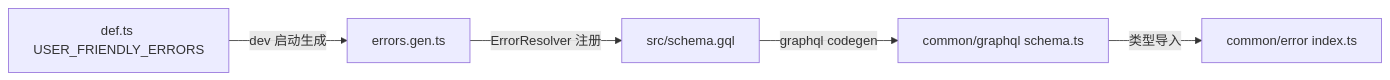
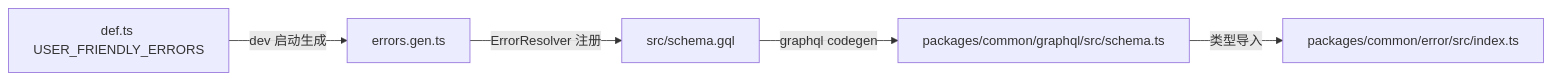
Before and after one commit to lfire/AFFiNE: the sixth of 6 diagrams in learning-guide/slides/decks/21.md, drawn with Mermaid. The commit also changed other lines of this file and 46 other files, not shown here.

````diff
--- a/learning-guide/slides/decks/21.md
+++ b/learning-guide/slides/decks/21.md
@@ -310,7 +374,7 @@
 ```mermaid
 flowchart LR
-    A["def.ts USER_FRIENDLY_ERRORS"] -->|dev 启动生成| B["errors.gen.ts"]
-    B -->|ErrorResolver 注册| C["src/schema.gql"]
-    C -->|graphql codegen| D["common/graphql schema.ts"]
-    D -->|类型导入| E["common/error index.ts"]
+  A["def.ts USER_FRIENDLY_ERRORS"] -->|dev 启动生成| B["errors.gen.ts"]
+  B -->|ErrorResolver 注册| C["src/schema.gql"]
+  C -->|graphql codegen| D["packages/common/graphql/src/schema.ts"]
+  D -->|类型导入| E["packages/common/error/src/index.ts"]
 ```
````
